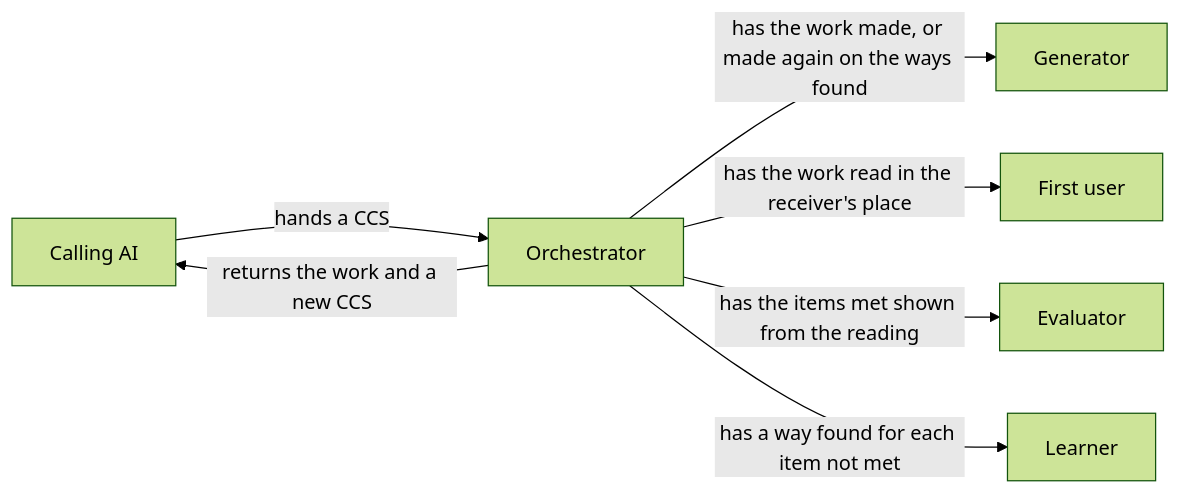
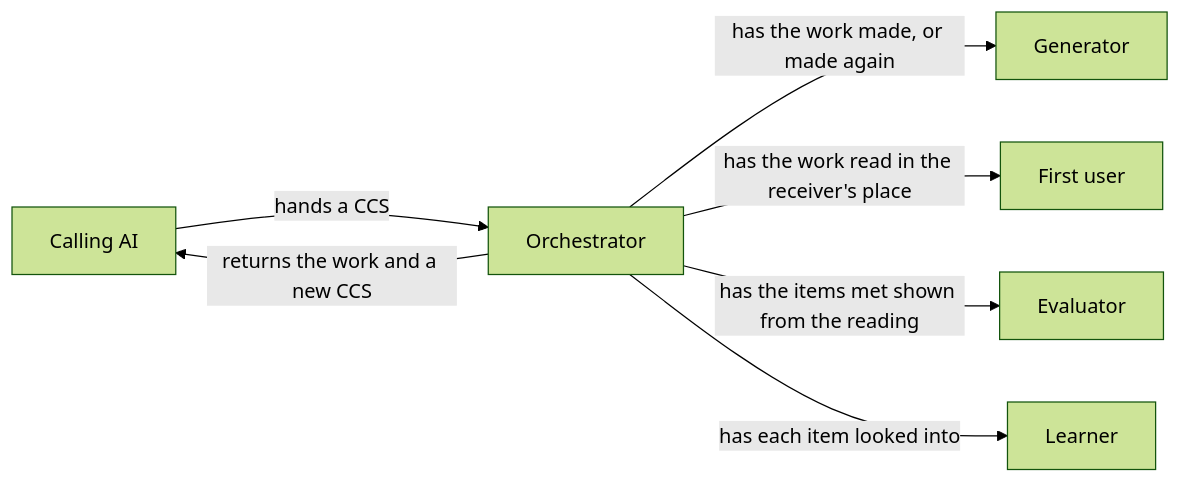
One commit to lovaizu/ccpm changed the diagram in dev/turn/design.md. Above: the diagram before and after it, drawn with Mermaid (forest theme). The commit also changed other lines of this file and 2 other files, not shown here.

````diff
--- a/dev/turn/design.md
+++ b/dev/turn/design.md
@@ -17,15 +17,15 @@
 ```mermaid
 flowchart LR
   caller["Calling AI"]
   orch["Orchestrator"]
   gen["Generator"]
   fu["First user"]
   ev["Evaluator"]
   le["Learner"]
   caller -->|hands a CCS| orch
   orch -->|returns the work and a new CCS| caller
-  orch -->|has the work made, or made again on the ways found| gen
+  orch -->|has the work made, or made again| gen
   orch -->|has the work read in the receiver's place| fu
   orch -->|has the items met shown from the reading| ev
-  orch -->|has a way found for each item not met| le
+  orch -->|has each item looked into| le
 ```
````
